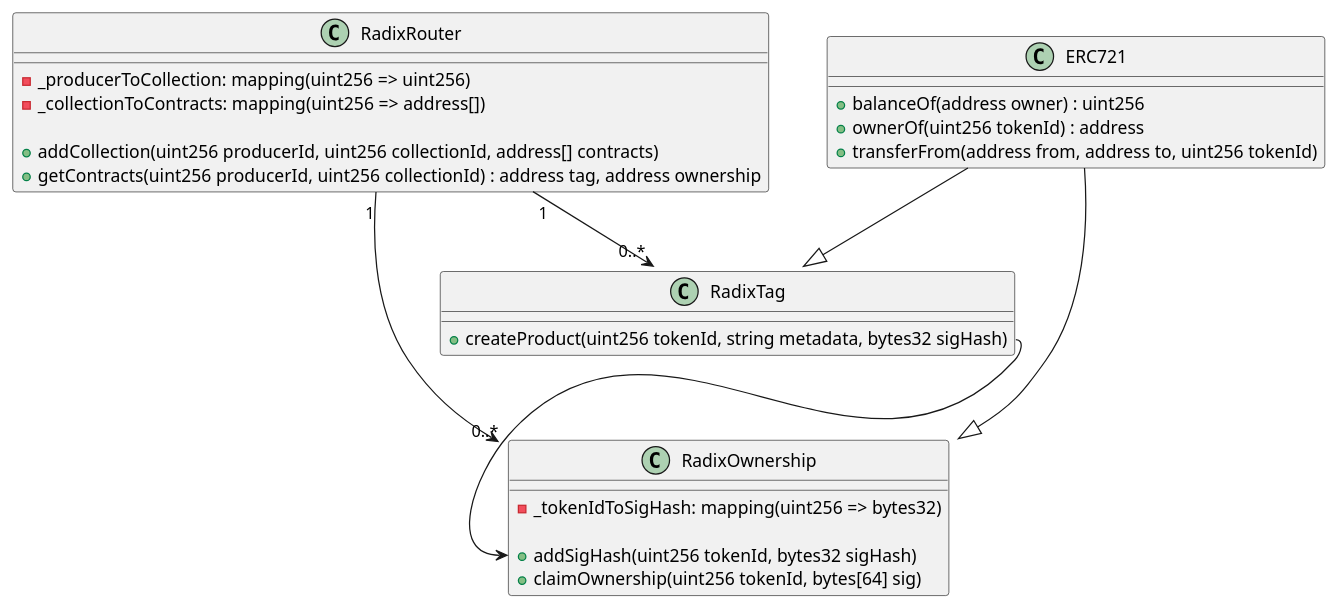
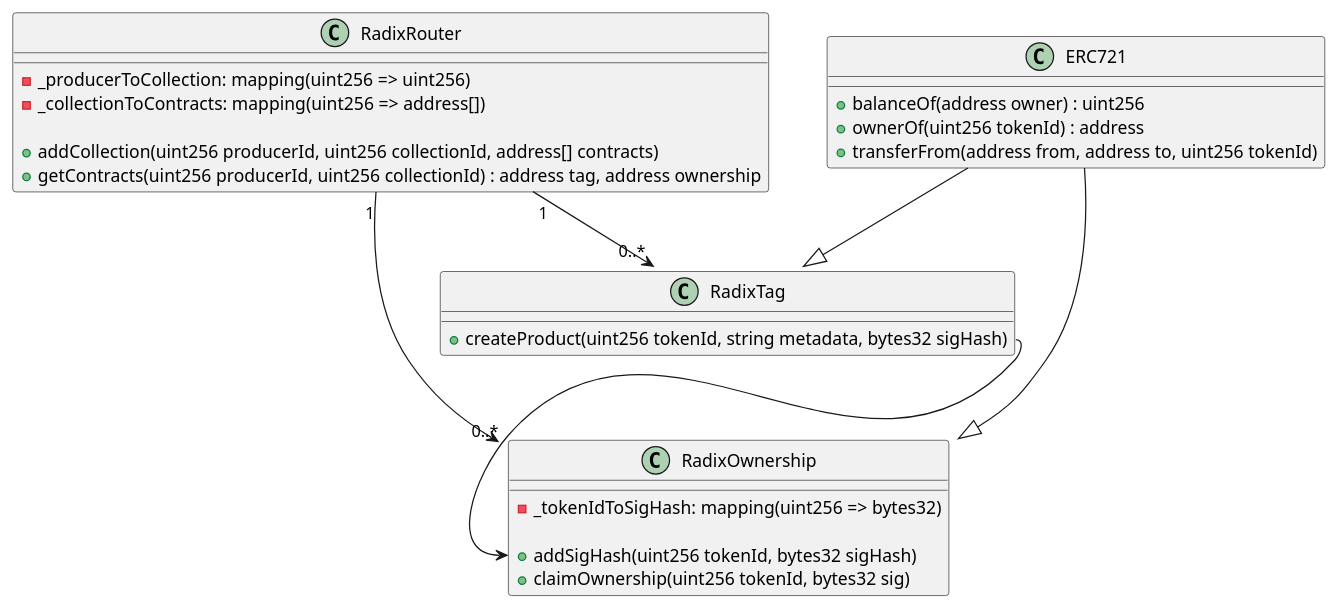
One commit to RadixOrg/docs changed the diagram in diagrams/src/contracts.puml. Above: the diagram before and after it, drawn with PlantUML. The commit also changed 1 other file, not shown here.

Commit message:
correct diagram

```diff
--- a/diagrams/src/contracts.puml
+++ b/diagrams/src/contracts.puml
@@ -1,37 +1,37 @@
 @startuml radix_contracts
 
 class RadixRouter {
     - _producerToCollection: mapping(uint256 => uint256)
     - _collectionToContracts: mapping(uint256 => address[])
 
     + addCollection(uint256 producerId, uint256 collectionId, address[] contracts)
     + getContracts(uint256 producerId, uint256 collectionId) : address tag, address ownership
 }
 
 class ERC721 {
     + balanceOf(address owner) : uint256
     + ownerOf(uint256 tokenId) : address
     + transferFrom(address from, address to, uint256 tokenId)
 }
 
 class RadixTag {
     + createProduct(uint256 tokenId, string metadata, bytes32 sigHash)
 }
 
 class RadixOwnership {
     - _tokenIdToSigHash: mapping(uint256 => bytes32)
 
     + addSigHash(uint256 tokenId, bytes32 sigHash)
-    + claimOwnership(uint256 tokenId, bytes[64] sig)
+    + claimOwnership(uint256 tokenId, bytes32 sig)
 }
 
 ERC721 --|> RadixTag
 ERC721 --|> RadixOwnership
 
 RadixRouter "1" --> "0..*" RadixTag
 RadixRouter "1" --> "0..*" RadixOwnership
 
 RadixTag::createProduct --> RadixOwnership::addSigHash
 
 
 @enduml
```
